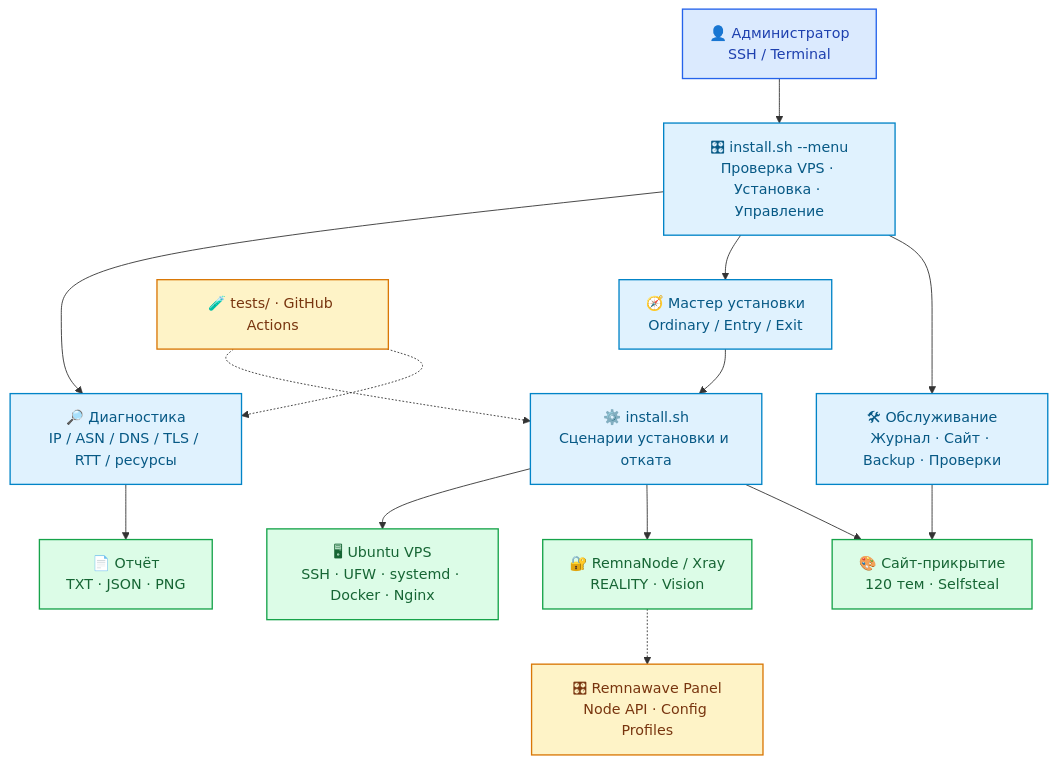
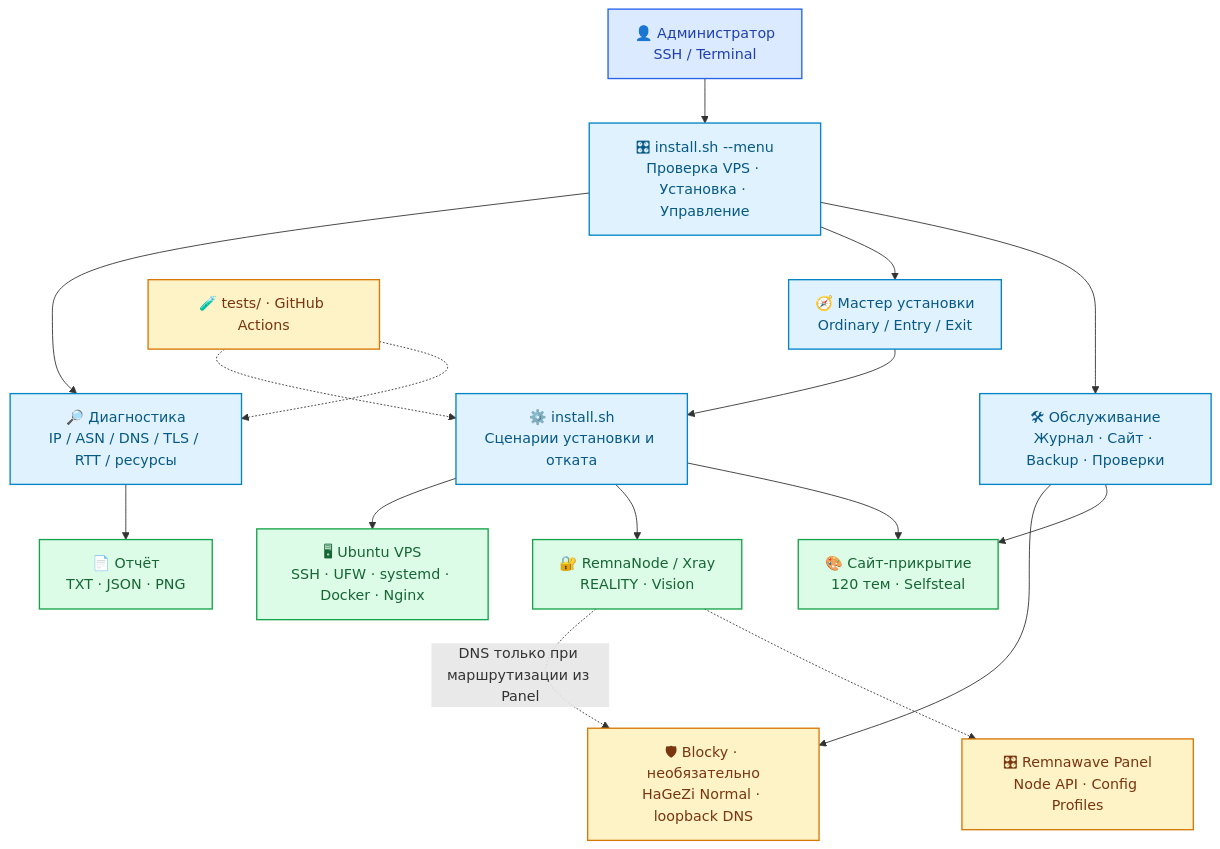
The first of 3 diagrams in README.md (SUXARIK-GITHUB/Node_Install), drawn with Mermaid before and after one commit. The commit also changed other lines of this file and 16 other files, not shown here.

````diff
--- a/README.md
+++ b/README.md
@@ -92,24 +95,26 @@
 ```mermaid
 flowchart TB
     ADMIN["👤 Администратор<br/>SSH / Terminal"] --> MENU["🎛 install.sh --menu<br/>Проверка VPS · Установка · Управление"]
     MENU --> DIAG["🔎 Диагностика<br/>IP / ASN / DNS / TLS / RTT / ресурсы"]
     MENU --> WIZARD["🧭 Мастер установки<br/>Ordinary / Entry / Exit"]
     MENU --> OPS["🛠 Обслуживание<br/>Журнал · Сайт · Backup · Проверки"]
+    OPS --> ADBLOCK["🛡 Blocky · необязательно<br/>HaGeZi Normal · loopback DNS"]
+    NODE -.->|DNS только при маршрутизации из Panel| ADBLOCK
     WIZARD --> CORE["⚙️ install.sh<br/>Сценарии установки и отката"]
     CORE --> HOST["🖥 Ubuntu VPS<br/>SSH · UFW · systemd · Docker · Nginx"]
     CORE --> NODE["🔐 RemnaNode / Xray<br/>REALITY · Vision"]
     CORE --> WEB["🎨 Сайт-прикрытие<br/>120 тем · Selfsteal"]
     NODE -.-> PANEL["🎛 Remnawave Panel<br/>Node API · Config Profiles"]
     OPS --> WEB
     DIAG --> REPORT["📄 Отчёт<br/>TXT · JSON · PNG"]
     TESTS["🧪 tests/ · GitHub Actions"] -.-> CORE
     TESTS -.-> DIAG
     classDef operator fill:#dbeafe,stroke:#2563eb,color:#1e40af,stroke-width:1.5px;
     classDef action fill:#e0f2fe,stroke:#0284c7,color:#075985,stroke-width:1.5px;
     classDef host fill:#dcfce7,stroke:#16a34a,color:#166534,stroke-width:1.5px;
     classDef control fill:#fef3c7,stroke:#d97706,color:#78350f,stroke-width:1.5px;
     class ADMIN operator;
     class MENU,WIZARD,CORE,DIAG,OPS action;
     class HOST,NODE,WEB,REPORT host;
-    class PANEL,TESTS control;
+    class PANEL,TESTS,ADBLOCK control;
 ```
````
